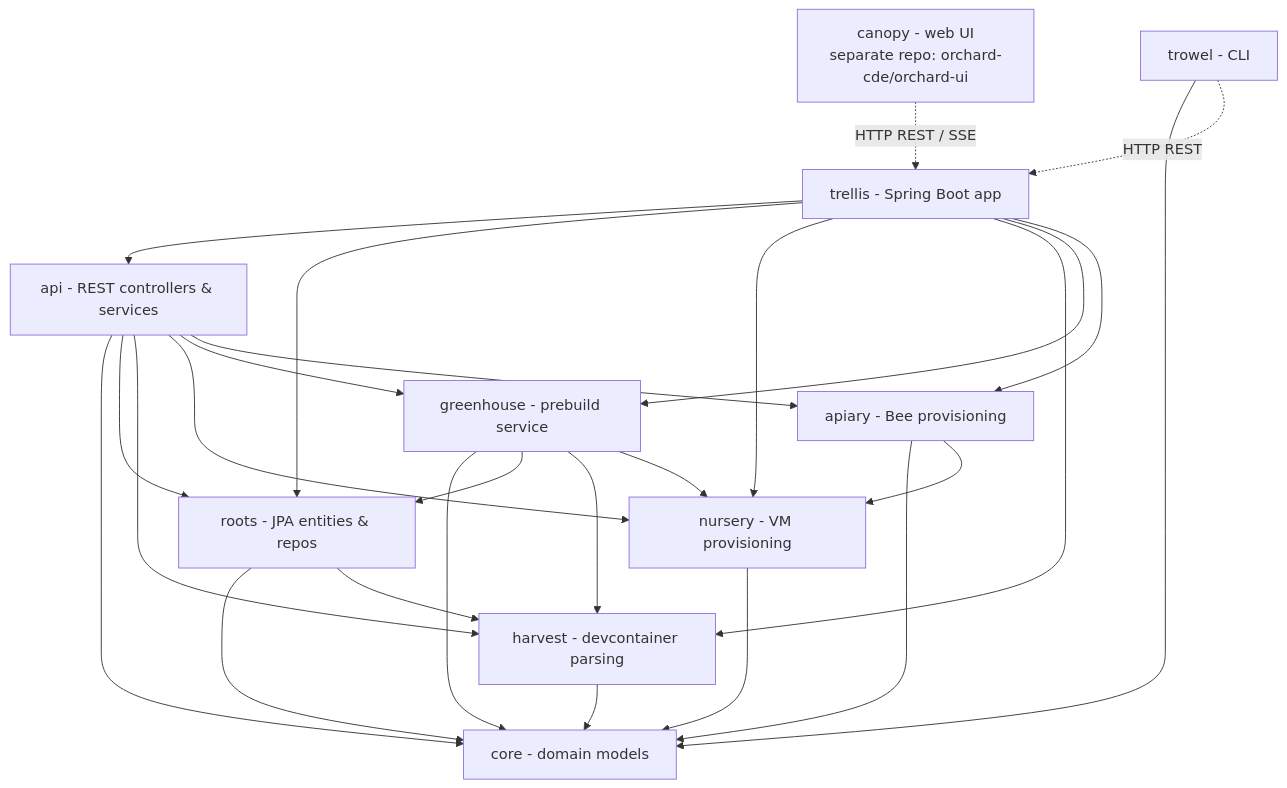
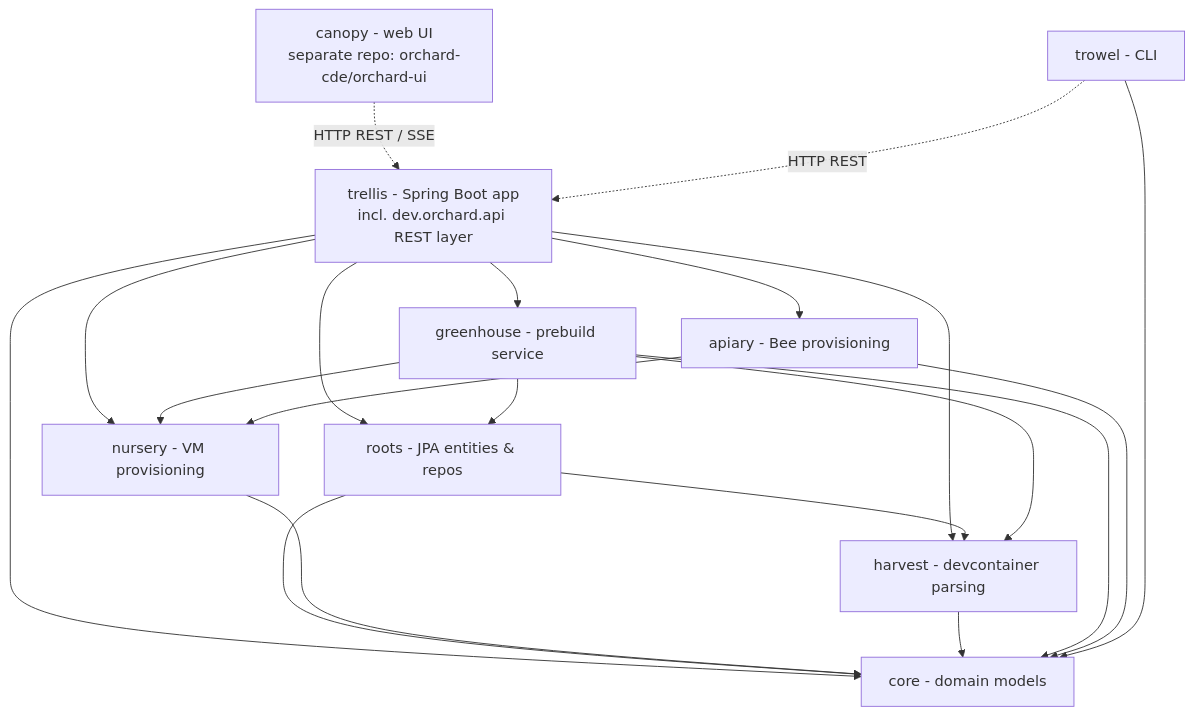
Before and after one commit to orchard-cde/orchard: the first of 6 diagrams in docs/architecture/bee-architecture.md, drawn with Mermaid. The commit also changed other lines of this file and 1 other file, not shown here.

Commit message:
docs: update README and architecture doc for Apiary subsystem

````diff
--- a/docs/architecture/bee-architecture.md
+++ b/docs/architecture/bee-architecture.md
@@ -20,44 +20,36 @@
 ```mermaid
 graph TD
-    trellis[trellis - Spring Boot app]
-    api[api - REST controllers & services]
+    trellis[trellis - Spring Boot app<br/>incl. dev.orchard.api REST layer]
     roots[roots - JPA entities & repos]
     nursery[nursery - VM provisioning]
     harvest[harvest - devcontainer parsing]
     greenhouse[greenhouse - prebuild service]
     core[core - domain models]
     trowel[trowel - CLI]
     canopy[canopy - web UI<br/>separate repo: orchard-cde/orchard-ui]
     apiary[apiary - Bee provisioning]
 
-    trellis --> api
+    trellis --> core
     trellis --> roots
     trellis --> nursery
     trellis --> harvest
     trellis --> greenhouse
     trellis --> apiary
-
-    api --> core
-    api --> roots
-    api --> harvest
-    api --> nursery
-    api --> greenhouse
-    api --> apiary
 
     roots --> core
     roots --> harvest
     nursery --> core
     harvest --> core
     greenhouse --> core
     greenhouse --> roots
     greenhouse --> harvest
     greenhouse --> nursery
 
     apiary --> core
     apiary --> nursery
 
     trowel --> core
 
     canopy -. "HTTP REST / SSE" .-> trellis
     trowel -. "HTTP REST" .-> trellis
 ```
````
